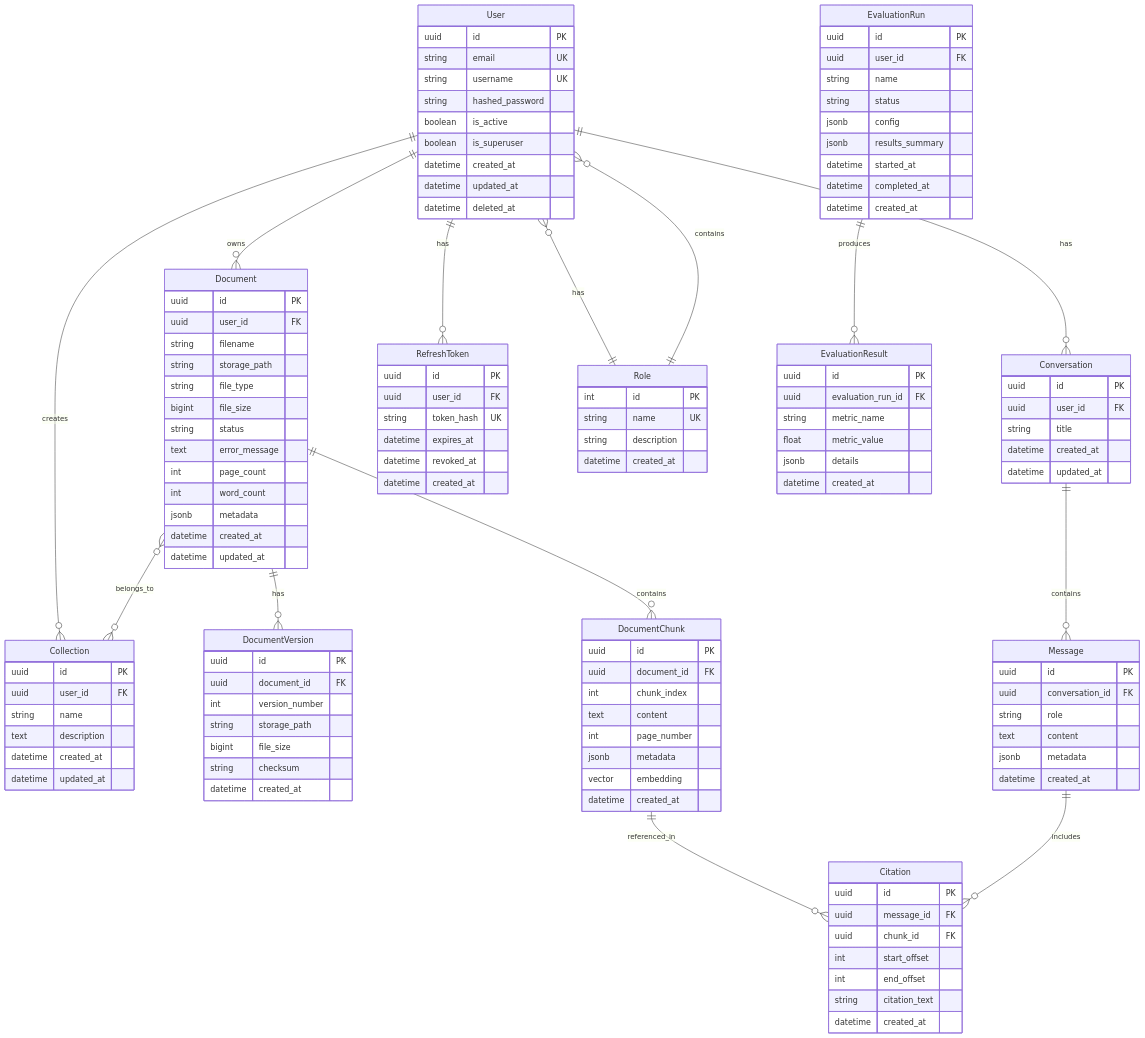
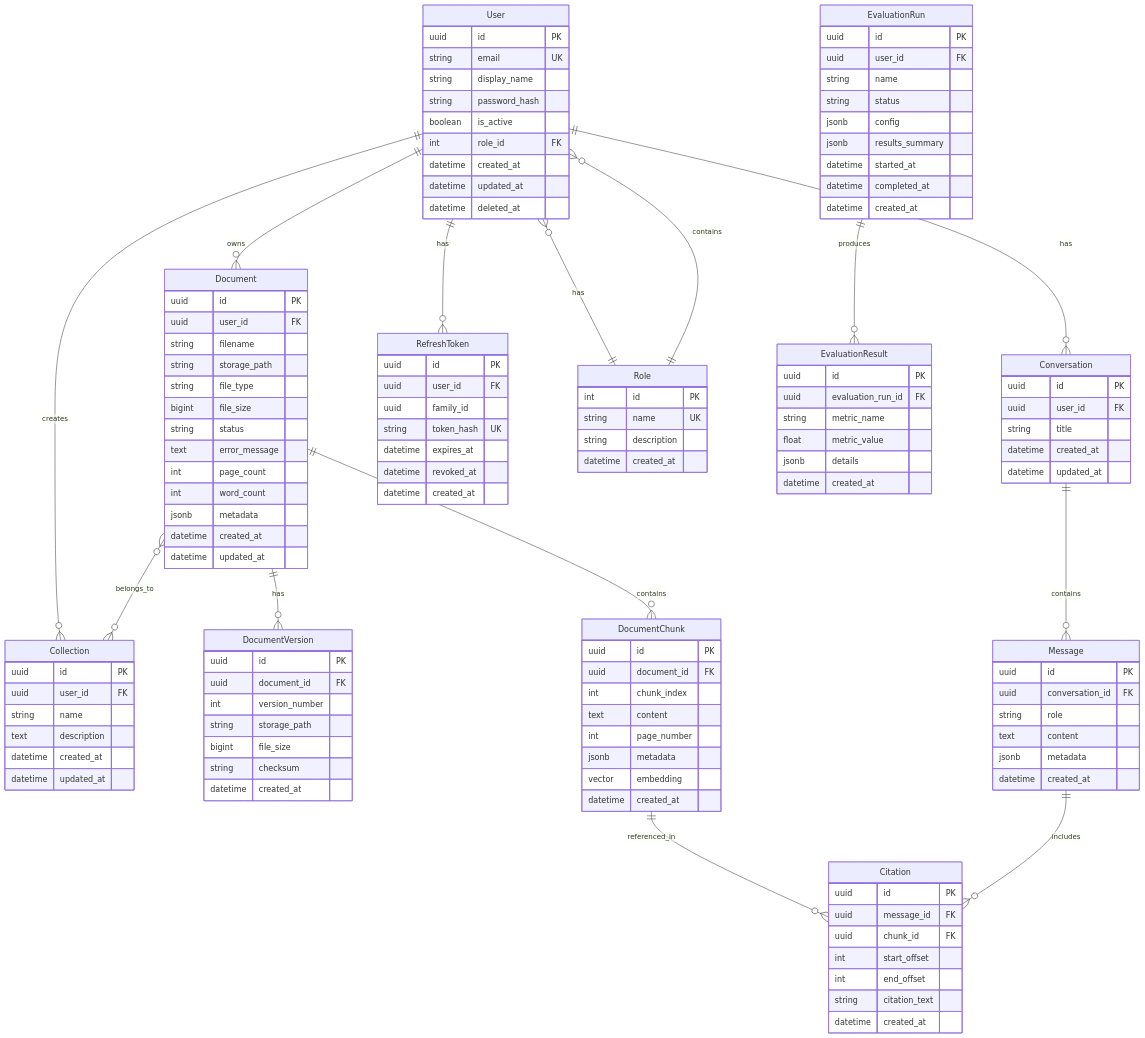
The diagram in docs/04_DATABASE_SCHEMA.md (Jobayer-hasan-rifat/Rag), drawn with Mermaid before and after one commit. The commit also changed other lines of this file and 52 other files, not shown here.

```diff
--- a/docs/04_DATABASE_SCHEMA.md
+++ b/docs/04_DATABASE_SCHEMA.md
@@ -30,10 +30,10 @@
     User {
         uuid id PK
         string email UK
-        string username UK
-        string hashed_password
+        string display_name
+        string password_hash
         boolean is_active
-        boolean is_superuser
+        int role_id FK
         datetime created_at
         datetime updated_at
         datetime deleted_at
@@ -49,6 +49,7 @@
     RefreshToken {
         uuid id PK
         uuid user_id FK
+        uuid family_id
         string token_hash UK
         datetime expires_at
         datetime revoked_at
```
